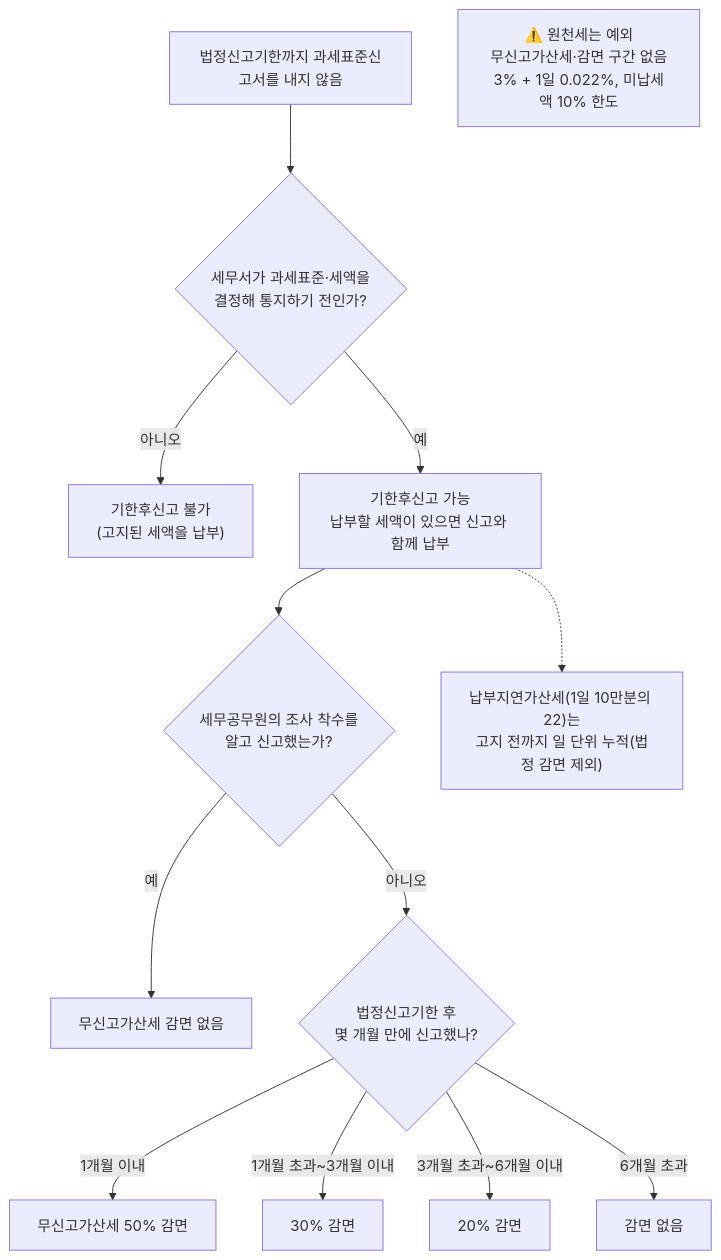
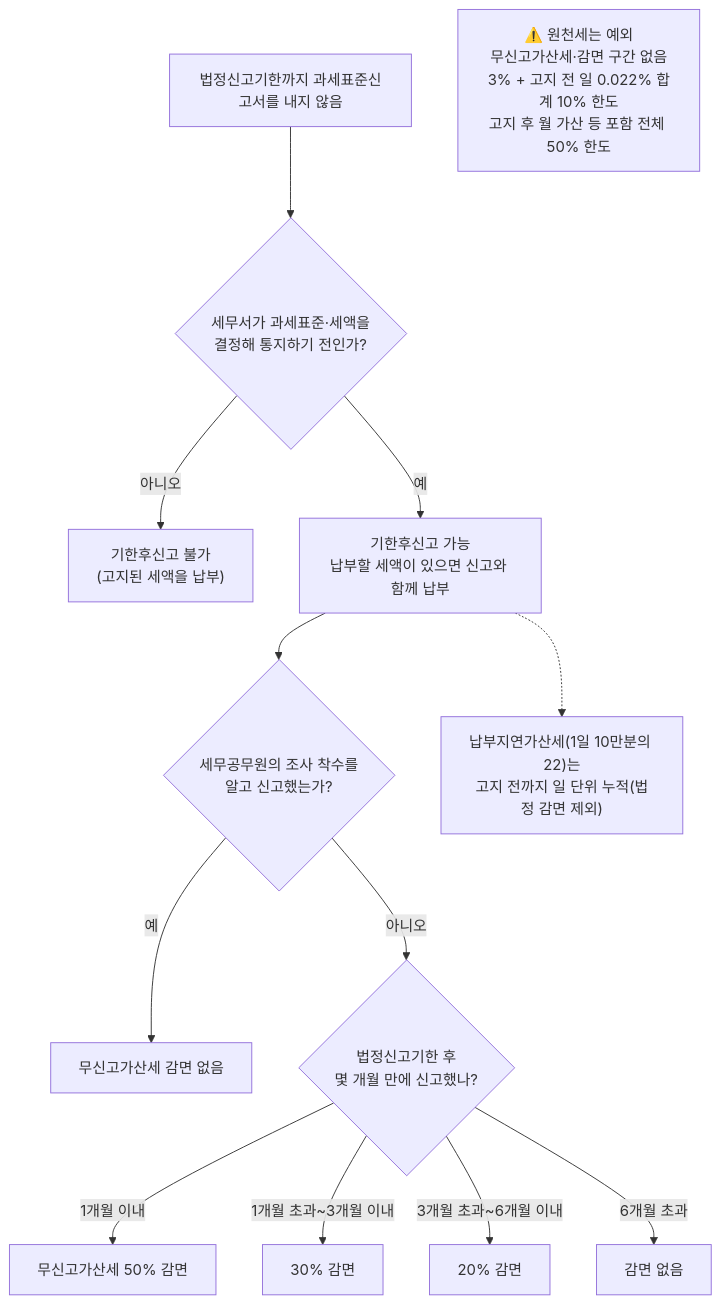
Before and after one commit to itsmedylee/ciat-knowledge-system: the diagram in wiki/topics/세법 및 세무자문/기한후신고와-가산세-감면.md, drawn with Mermaid. The commit also changed other lines of this file and 187 other files, not shown here.

````diff
--- a/wiki/topics/세법 및 세무자문/기한후신고와-가산세-감면.md
+++ b/wiki/topics/세법 및 세무자문/기한후신고와-가산세-감면.md
@@ -55,15 +55,15 @@
 ```mermaid
 flowchart TD
   A["법정신고기한까지 과세표준신고서를 내지 않음"] --> B{"세무서가 과세표준·세액을<br/>결정해 통지하기 전인가?"}
   B -- "아니오" --> X["기한후신고 불가<br/>(고지된 세액을 납부)"]
   B -- "예" --> C["기한후신고 가능<br/>납부할 세액이 있으면 신고와 함께 납부"]
   C --> D{"세무공무원의 조사 착수를<br/>알고 신고했는가?"}
   D -- "예" --> N0["무신고가산세 감면 없음"]
   D -- "아니오" --> E{"법정신고기한 후<br/>몇 개월 만에 신고했나?"}
   E -- "1개월 이내" --> R1["무신고가산세 50% 감면"]
   E -- "1개월 초과~3개월 이내" --> R2["30% 감면"]
   E -- "3개월 초과~6개월 이내" --> R3["20% 감면"]
   E -- "6개월 초과" --> R4["감면 없음"]
   C -.-> P["납부지연가산세(1일 10만분의 22)는<br/>고지 전까지 일 단위 누적(법정 감면 제외)"]
-  W["⚠️ 원천세는 예외<br/>무신고가산세·감면 구간 없음<br/>3% + 1일 0.022%, 미납세액 10% 한도"]
+  W["⚠️ 원천세는 예외<br/>무신고가산세·감면 구간 없음<br/>3% + 고지 전 일 0.022% 합계 10% 한도<br/>고지 후 월 가산 등 포함 전체 50% 한도"]
 ```
````
